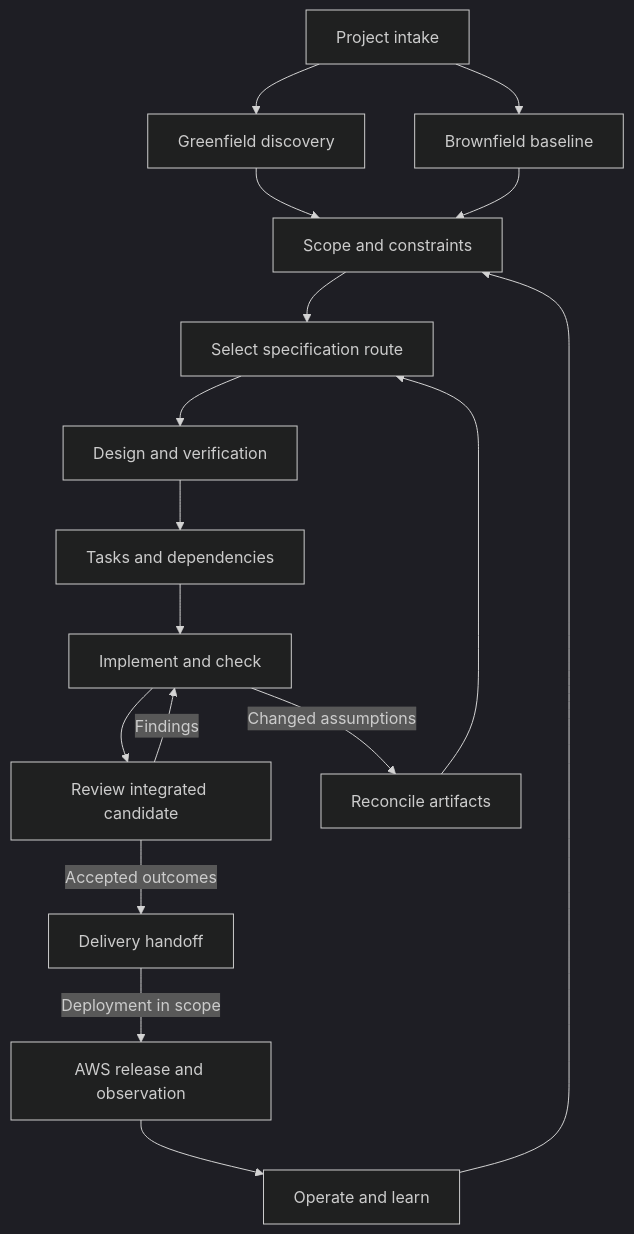
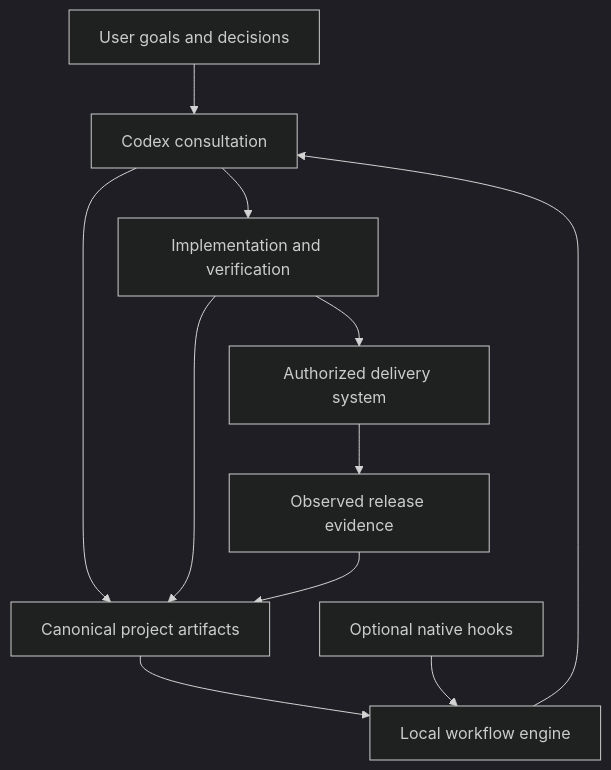
Before and after one commit to Levi-Breedlove/starter-template: the diagram in docs/workflow-architecture.md, drawn with Mermaid (dark theme). The commit also changed other lines of this file and 74 other files, not shown here.

Commit message:
Implement guided AWS consultation with executable workflow and safe adoption

````diff
--- a/docs/workflow-architecture.md
+++ b/docs/workflow-architecture.md
@@ -23,19 +7,13 @@
 ```mermaid
 flowchart TD
-  I[Project intake] --> G[Greenfield discovery]
-  I --> B[Brownfield baseline]
-  G --> C[Scope and constraints]
-  B --> C
-  C --> S[Select specification route]
-  S --> D[Design and verification]
-  D --> T[Tasks and dependencies]
-  T --> E[Implement and check]
-  E --> R[Review integrated candidate]
-  R -->|Findings| E
-  R -->|Accepted outcomes| H[Delivery handoff]
-  H -->|Deployment in scope| A[AWS release and observation]
-  E -->|Changed assumptions| X[Reconcile artifacts]
-  X --> S
-  A --> O[Operate and learn]
-  O --> C
+    U[User goals and decisions] --> C[Codex consultation]
+    C --> A[Canonical project artifacts]
+    A --> V[Local workflow engine]
+    V --> C
+    H[Optional native hooks] --> V
+    C --> I[Implementation and verification]
+    I --> A
+    I --> D[Authorized delivery system]
+    D --> E[Observed release evidence]
+    E --> A
 ```
````
